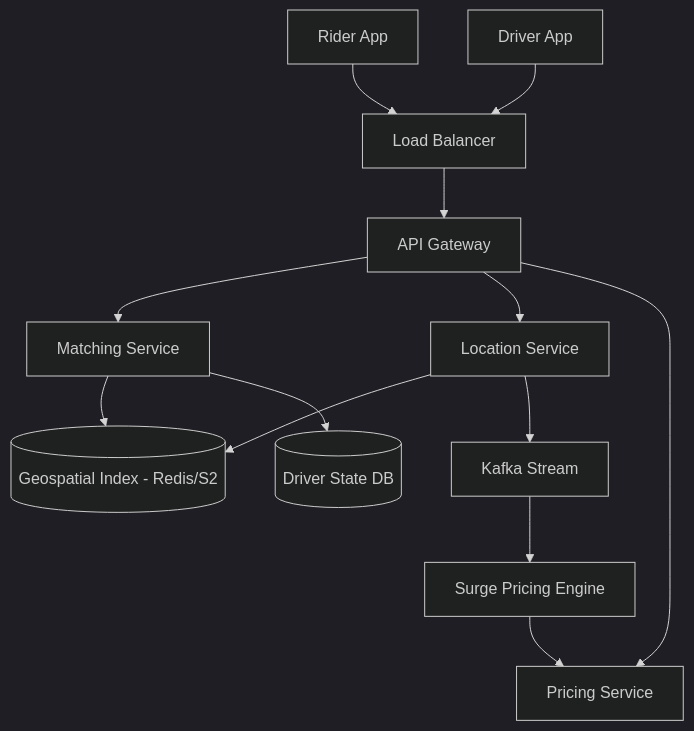
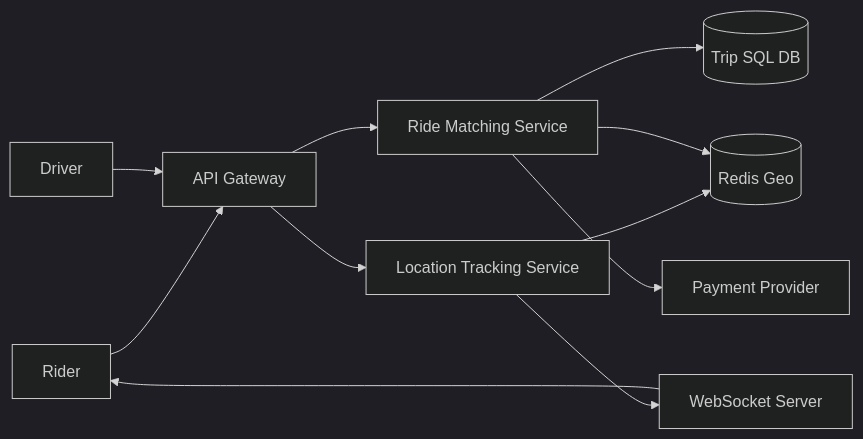
The diagram in 06-system-design/case-study-ride-hailing.md (nahezsakharkar/interview-prep), drawn with Mermaid (dark theme) before and after one commit. The commit also changed other lines of this file and 3 other files, not shown here.

````diff
--- a/06-system-design/case-study-ride-hailing.md
+++ b/06-system-design/case-study-ride-hailing.md
@@ -28,17 +50,13 @@
 ```mermaid
-flowchart TD
-    User[Rider App] --> LB[Load Balancer]
-    Driver[Driver App] --> LB
-    LB --> Gateway[API Gateway]
-    Gateway --> MatchSrv[Matching Service]
-    Gateway --> LocationSrv[Location Service]
-    Gateway --> PriceSrv[Pricing Service]
-    
-    LocationSrv --> GeoIndex[(Geospatial Index - Redis/S2)]
-    MatchSrv --> GeoIndex
-    MatchSrv --> DriverState[(Driver State DB)]
-    
-    LocationSrv --> Stream[Kafka Stream]
-    Stream --> Analytics[Surge Pricing Engine]
-    Analytics --> PriceSrv
+flowchart LR
+    Rider --> Gateway[API Gateway]
+    Driver --> Gateway
+    Gateway --> RideService[Ride Matching Service]
+    Gateway --> LocationService[Location Tracking Service]
+    LocationService --> GeoIndex[(Redis Geo)]
+    RideService --> GeoIndex
+    RideService --> TripDB[(Trip SQL DB)]
+    RideService --> Payment[Payment Provider]
+    LocationService --> WebSocket[WebSocket Server]
+    WebSocket --> Rider
 ```
````
